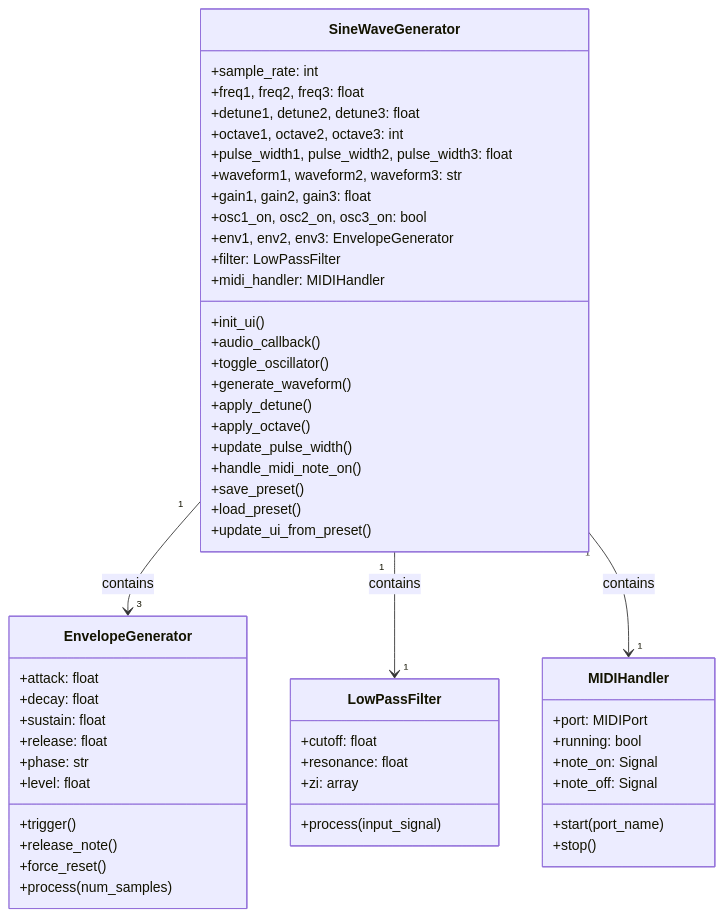
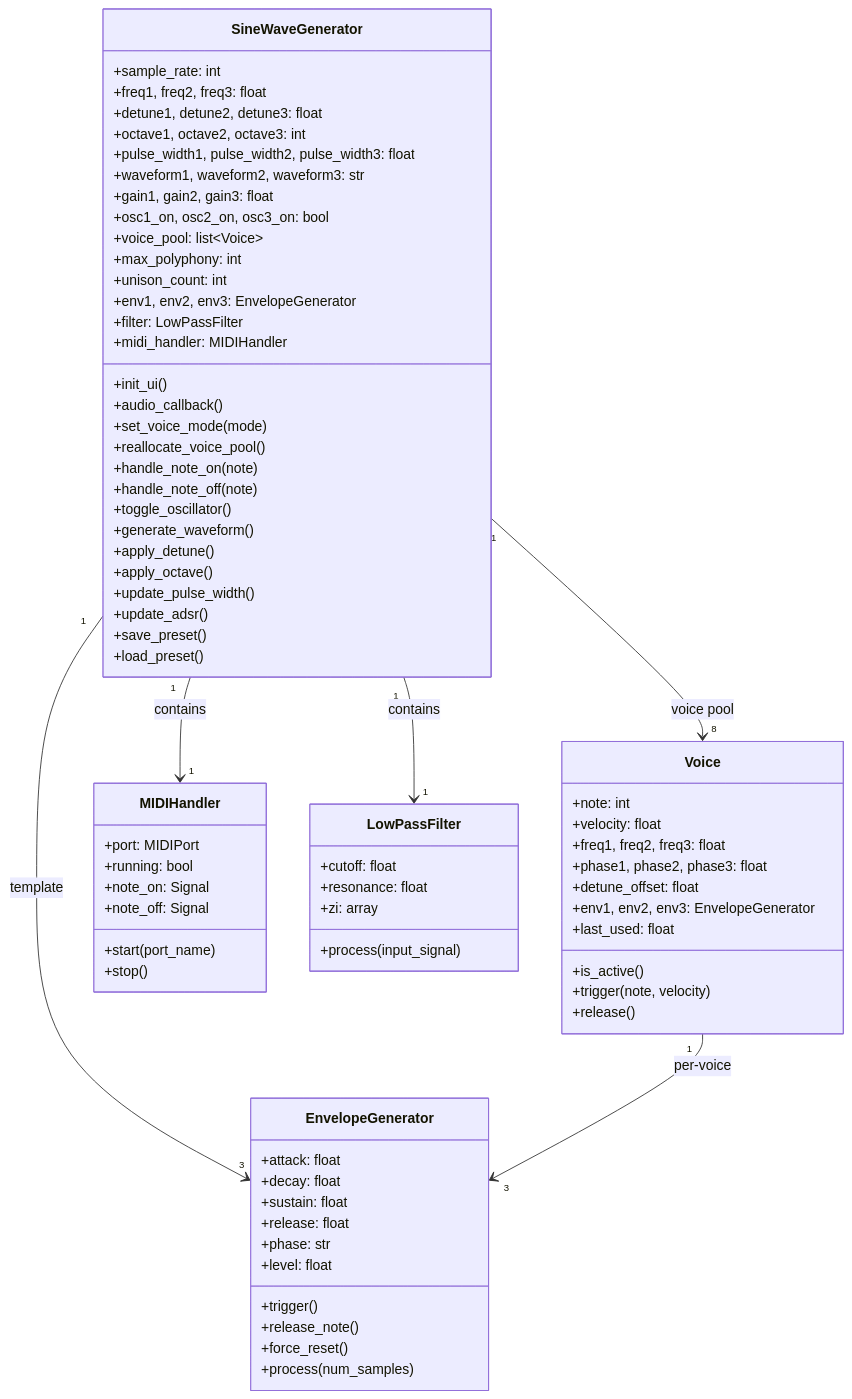
One commit to clemgoub/TripleOscillator changed the first of 3 diagrams in README.md. Above: the diagram before and after it, drawn with Mermaid. The commit also changed other lines of this file and 1 other file, not shown here.

First line of the commit message:
Add polyphony with simplified voice mode controls and fix ADSR release envelope

````diff
--- a/README.md
+++ b/README.md
@@ -122,60 +133,81 @@
 ```mermaid
 classDiagram
     class SineWaveGenerator {
         +sample_rate: int
         +freq1, freq2, freq3: float
         +detune1, detune2, detune3: float
         +octave1, octave2, octave3: int
         +pulse_width1, pulse_width2, pulse_width3: float
         +waveform1, waveform2, waveform3: str
         +gain1, gain2, gain3: float
         +osc1_on, osc2_on, osc3_on: bool
+        +voice_pool: list~Voice~
+        +max_polyphony: int
+        +unison_count: int
         +env1, env2, env3: EnvelopeGenerator
         +filter: LowPassFilter
         +midi_handler: MIDIHandler
         +init_ui()
         +audio_callback()
+        +set_voice_mode(mode)
+        +reallocate_voice_pool()
+        +handle_note_on(note)
+        +handle_note_off(note)
         +toggle_oscillator()
         +generate_waveform()
         +apply_detune()
         +apply_octave()
         +update_pulse_width()
-        +handle_midi_note_on()
+        +update_adsr()
         +save_preset()
         +load_preset()
-        +update_ui_from_preset()
+    }
+
+    class Voice {
+        +note: int
+        +velocity: float
+        +freq1, freq2, freq3: float
+        +phase1, phase2, phase3: float
+        +detune_offset: float
+        +env1, env2, env3: EnvelopeGenerator
+        +last_used: float
+        +is_active()
+        +trigger(note, velocity)
+        +release()
     }
 
     class MIDIHandler {
         +port: MIDIPort
         +running: bool
         +note_on: Signal
         +note_off: Signal
         +start(port_name)
         +stop()
     }
 
     class EnvelopeGenerator {
         +attack: float
         +decay: float
         +sustain: float
         +release: float
         +phase: str
         +level: float
         +trigger()
         +release_note()
         +force_reset()
         +process(num_samples)
     }
 
     class LowPassFilter {
         +cutoff: float
         +resonance: float
         +zi: array
         +process(input_signal)
     }
 
-    SineWaveGenerator "1" --> "3" EnvelopeGenerator : contains
+    SineWaveGenerator "1" --> "3" EnvelopeGenerator : template
+    SineWaveGenerator "1" --> "8" Voice : voice pool
     SineWaveGenerator "1" --> "1" LowPassFilter : contains
     SineWaveGenerator "1" --> "1" MIDIHandler : contains
+    Voice "1" --> "3" EnvelopeGenerator : per-voice
 ```
````
